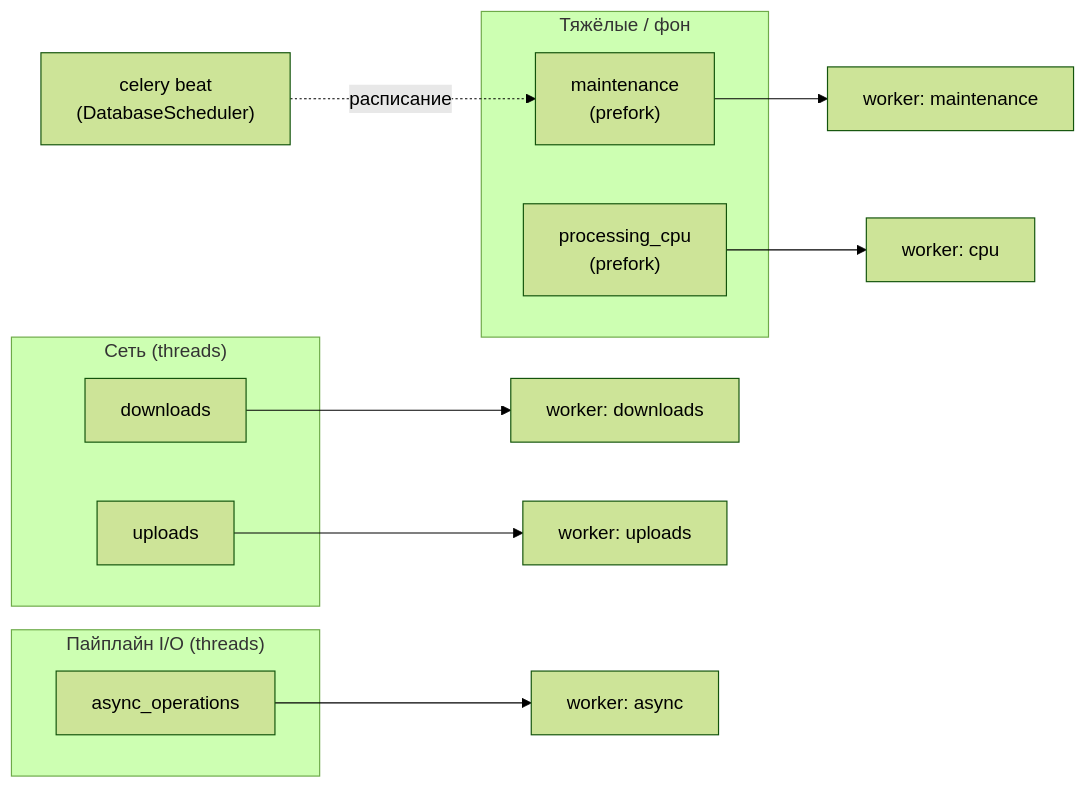
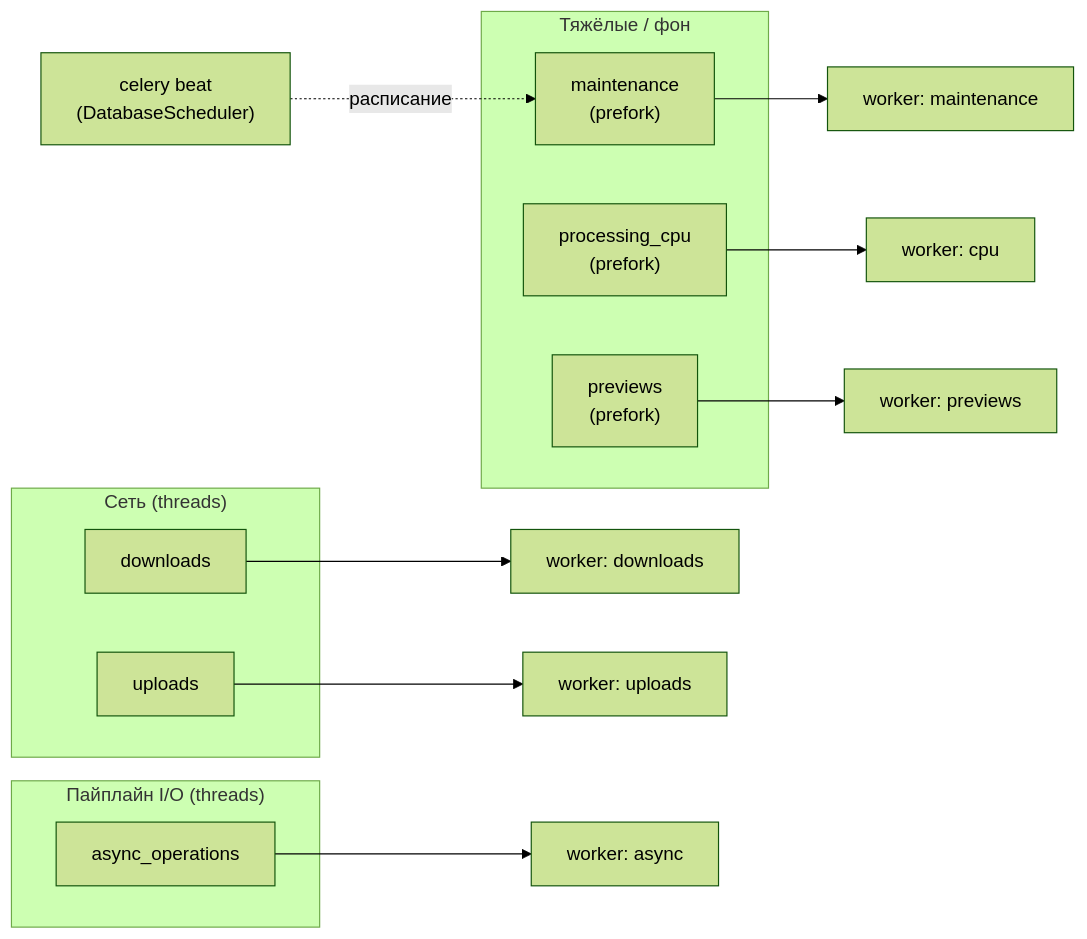
One commit to GordeyZuev/LEAP changed the diagram in backend/docs/guides/CELERY_WORKERS_GUIDE.md. Above: the diagram before and after it, drawn with Mermaid (forest theme). The commit also changed other lines of this file and 138 other files, not shown here.

````diff
--- a/backend/docs/guides/CELERY_WORKERS_GUIDE.md
+++ b/backend/docs/guides/CELERY_WORKERS_GUIDE.md
@@ -11,20 +11,22 @@
 ```mermaid
 flowchart LR
   subgraph net["Сеть (threads)"]
     Qd["downloads"]
     Qu["uploads"]
   end
   subgraph io["Пайплайн I/O (threads)"]
     Qa["async_operations"]
   end
   subgraph heavy["Тяжёлые / фон"]
     Qc["processing_cpu\n(prefork)"]
+    Qp["previews\n(prefork)"]
     Qm["maintenance\n(prefork)"]
   end
   Qd --> Wd["worker: downloads"]
   Qu --> Wu["worker: uploads"]
   Qa --> Wa["worker: async"]
   Qc --> Wc["worker: cpu"]
+  Qp --> Wp["worker: previews"]
   Qm --> Wm["worker: maintenance"]
   Beat["celery beat\n(DatabaseScheduler)"] -.->|расписание| Qm
 ```
````
